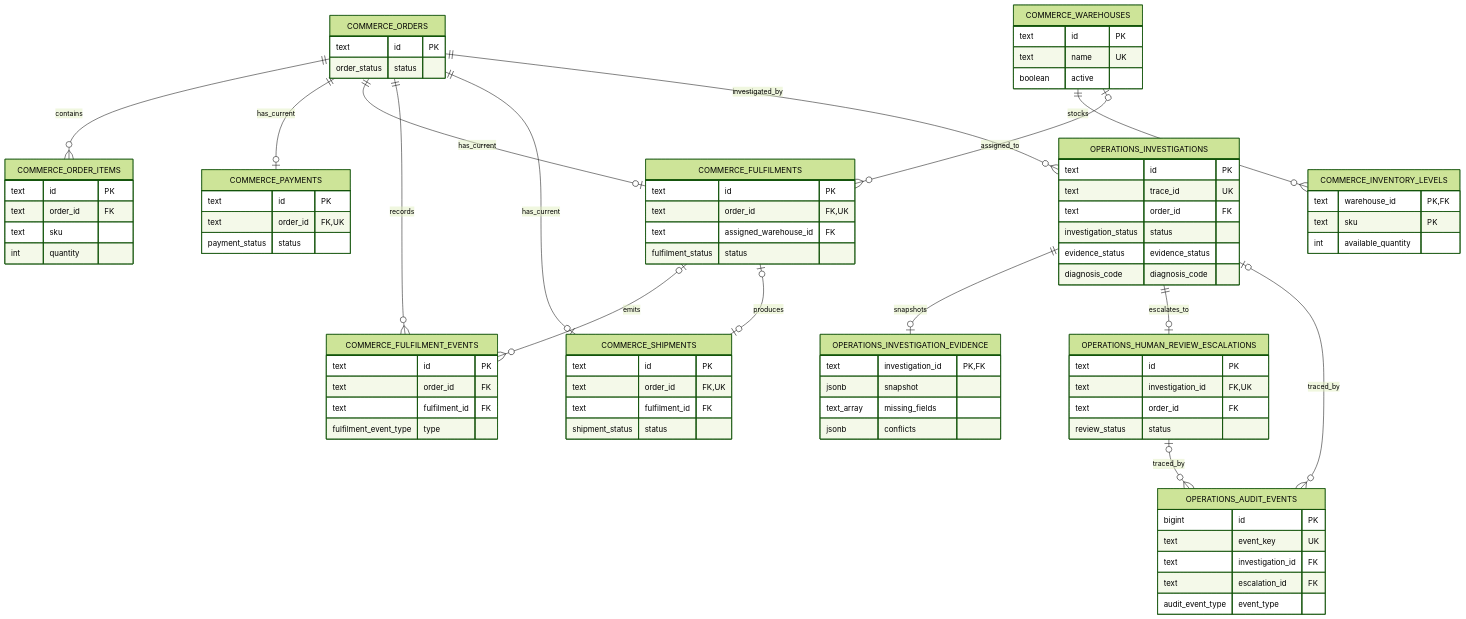
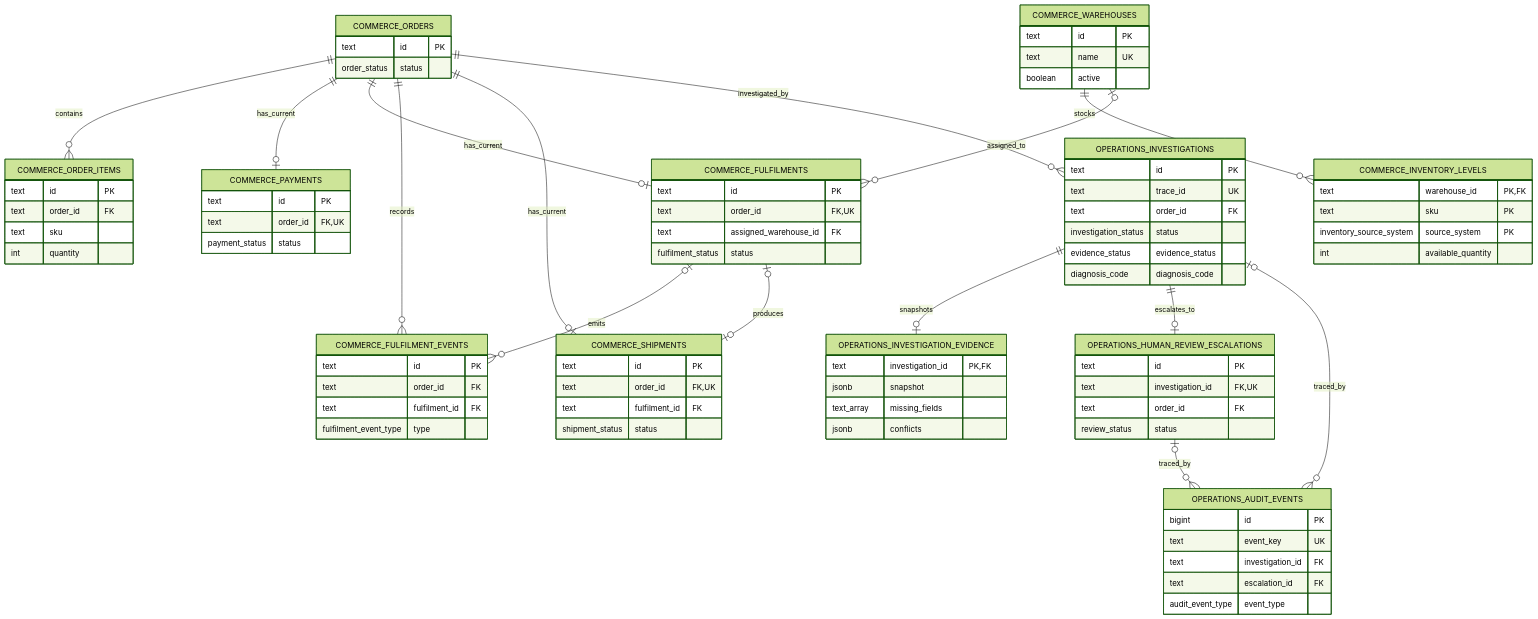
The diagram in docs/database/schema-proposal.md (RitikaxG/commerce-ops-mcp), drawn with Mermaid (forest theme) before and after one commit. The commit also changed other lines of this file and 56 other files, not shown here.

```diff
--- a/docs/database/schema-proposal.md
+++ b/docs/database/schema-proposal.md
@@ -366,6 +368,7 @@
   COMMERCE_INVENTORY_LEVELS {
     text warehouse_id PK,FK
     text sku PK
+    inventory_source_system source_system PK
     int available_quantity
   }
   COMMERCE_FULFILMENTS {
```
